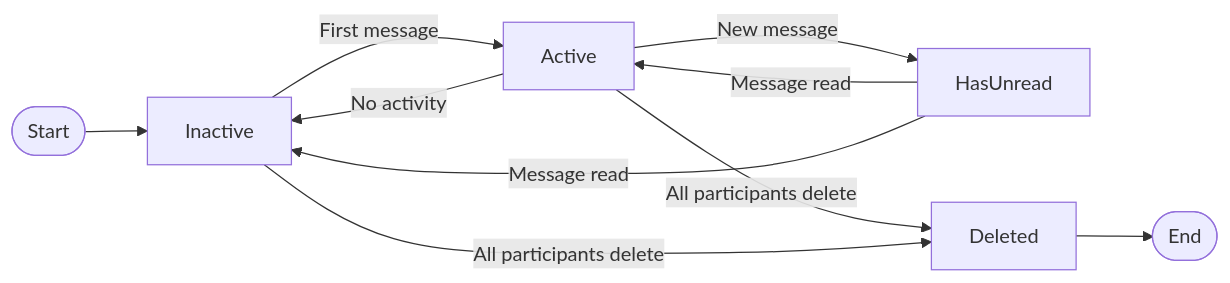
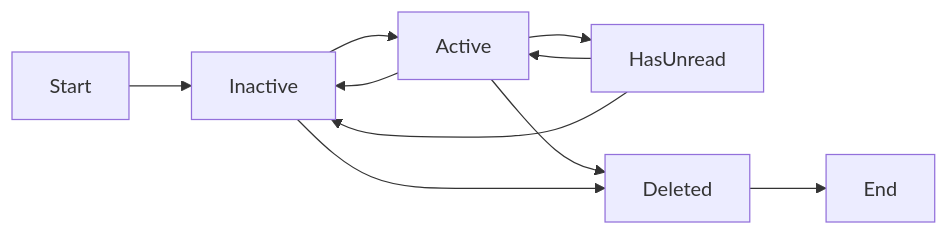
One commit to vd120/laravel_project changed diagram 21 of 29 in UML.md. Above: the diagram before and after it, drawn with Mermaid. The commit also changed other lines of this file, not shown here.

````diff
--- a/UML.md
+++ b/UML.md
@@ -1136,12 +1128,12 @@
 ```mermaid
 flowchart LR
-    A([Start]) --> B[Inactive]
-    B -->|First message| C[Active]
-    C -->|No activity| B
-    C -->|New message| D[HasUnread]
-    D -->|Message read| C
-    D -->|Message read| B
-    C -->|All participants delete| E[Deleted]
-    B -->|All participants delete| E
-    E --> F([End])
+    A[Start] --> B[Inactive]
+    B --> C[Active]
+    C --> B
+    C --> D[HasUnread]
+    D --> C
+    D --> B
+    C --> E[Deleted]
+    B --> E
+    E --> F[End]
 ```
````
